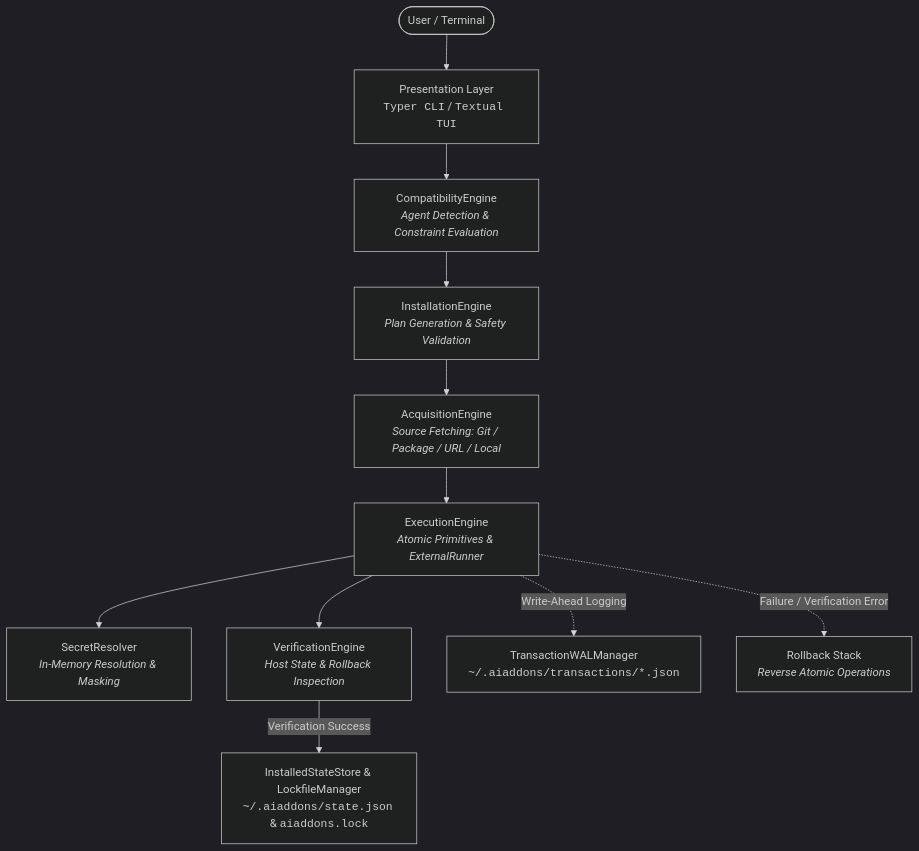
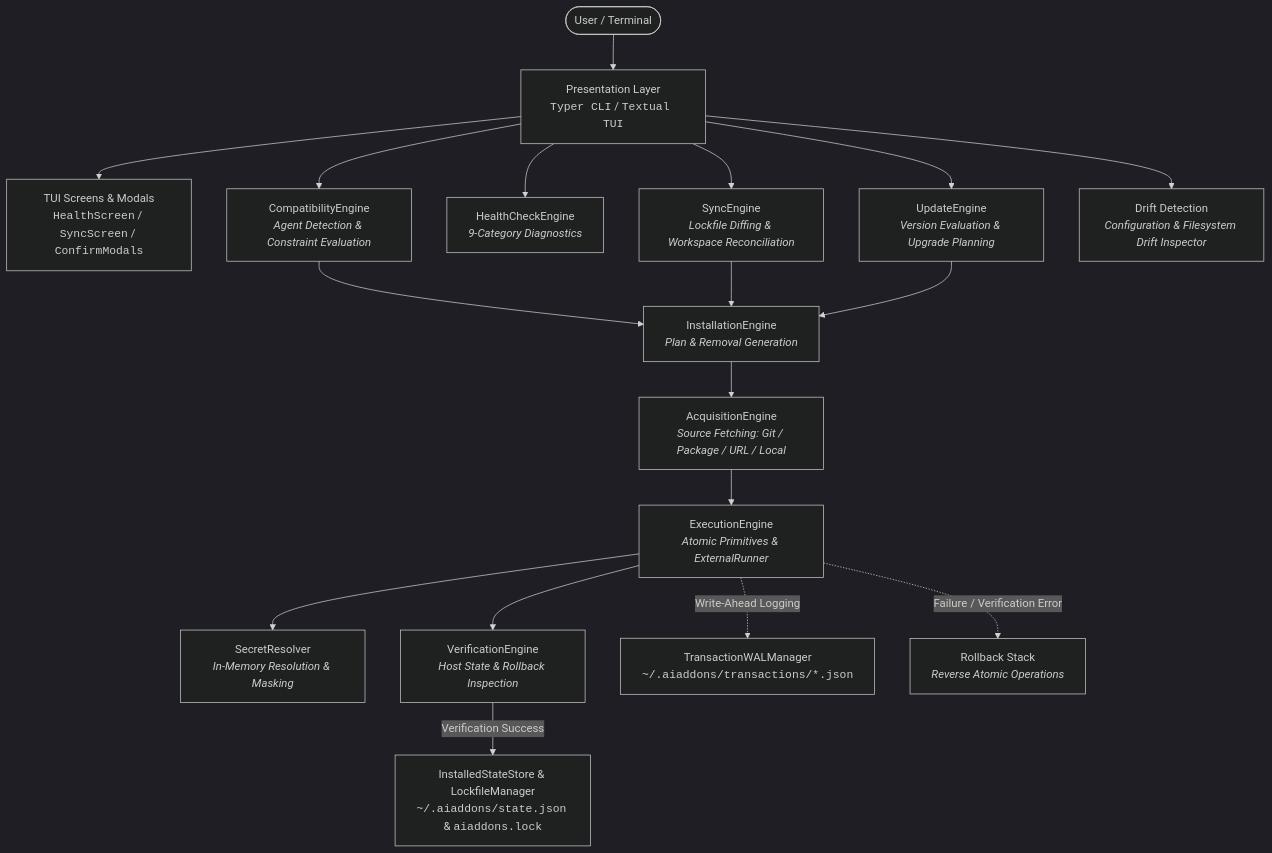
One commit to Anuj04432/AI-Add-ons-Manager changed the diagram in README.md. Above: the diagram before and after it, drawn with Mermaid (dark theme). The commit also changed other lines of this file, not shown here.

````diff
--- a/README.md
+++ b/README.md
@@ -49,13 +50,21 @@
 ```mermaid
 flowchart TD
     User([User / Terminal]) --> UI[Presentation Layer<br/><code>Typer CLI</code> / <code>Textual TUI</code>]
+    UI --> AppUI[TUI Screens & Modals<br/><code>HealthScreen</code> / <code>SyncScreen</code> / <code>ConfirmModals</code>]
     UI --> Compat[CompatibilityEngine<br/><i>Agent Detection & Constraint Evaluation</i>]
-    Compat --> PlanEng[InstallationEngine<br/><i>Plan Generation & Safety Validation</i>]
+    UI --> Health[HealthCheckEngine<br/><i>9-Category Diagnostics</i>]
+    UI --> Sync[SyncEngine<br/><i>Lockfile Diffing & Workspace Reconciliation</i>]
+    UI --> Update[UpdateEngine<br/><i>Version Evaluation & Upgrade Planning</i>]
+    UI --> Drift[Drift Detection<br/><i>Configuration & Filesystem Drift Inspector</i>]
+
+    Compat --> PlanEng[InstallationEngine<br/><i>Plan & Removal Generation</i>]
+    Sync --> PlanEng
+    Update --> PlanEng
     PlanEng --> AcqEng[AcquisitionEngine<br/><i>Source Fetching: Git / Package / URL / Local</i>]
     AcqEng --> ExecEng[ExecutionEngine<br/><i>Atomic Primitives & ExternalRunner</i>]
     ExecEng --> Secret[SecretResolver<br/><i>In-Memory Resolution & Masking</i>]
     ExecEng --> VerifyEng[VerificationEngine<br/><i>Host State & Rollback Inspection</i>]
     VerifyEng -- Verification Success --> State[InstalledStateStore & LockfileManager<br/><code>~/.aiaddons/state.json</code> & <code>aiaddons.lock</code>]
     ExecEng -. Write-Ahead Logging .-> WAL[TransactionWALManager<br/><code>~/.aiaddons/transactions/*.json</code>]
     ExecEng -. Failure / Verification Error .-> Rollback[Rollback Stack<br/><i>Reverse Atomic Operations</i>]
 ```
````
